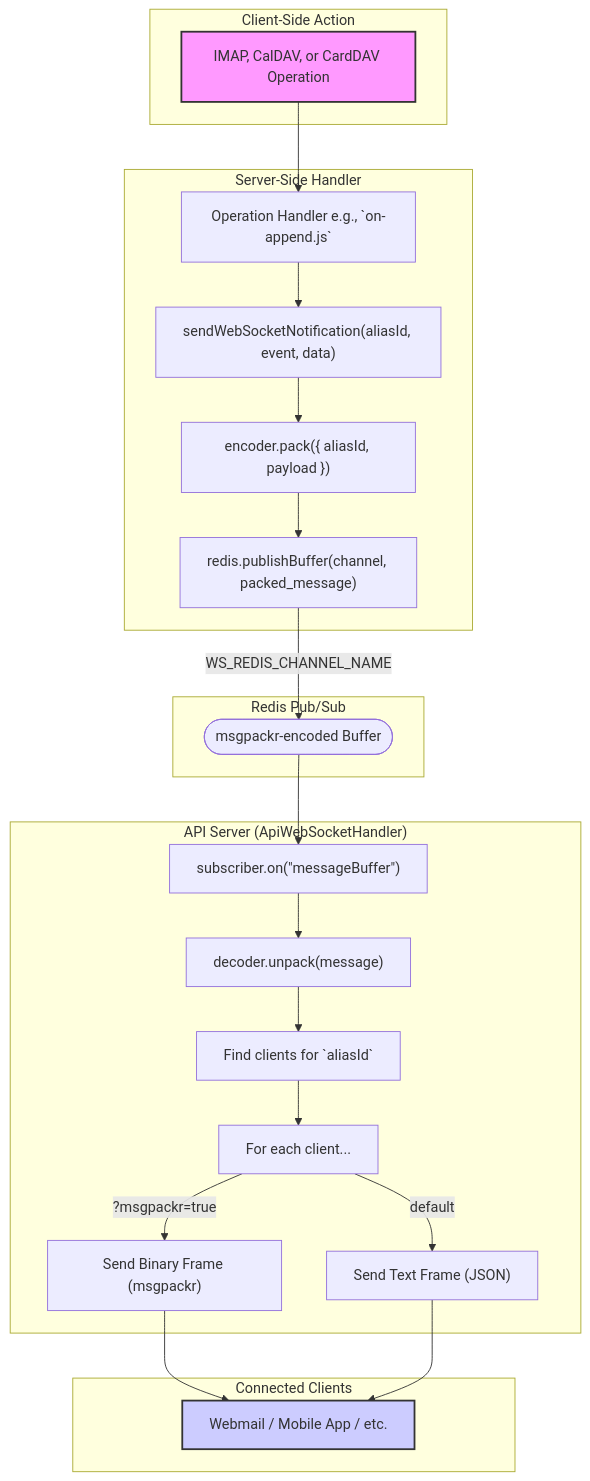
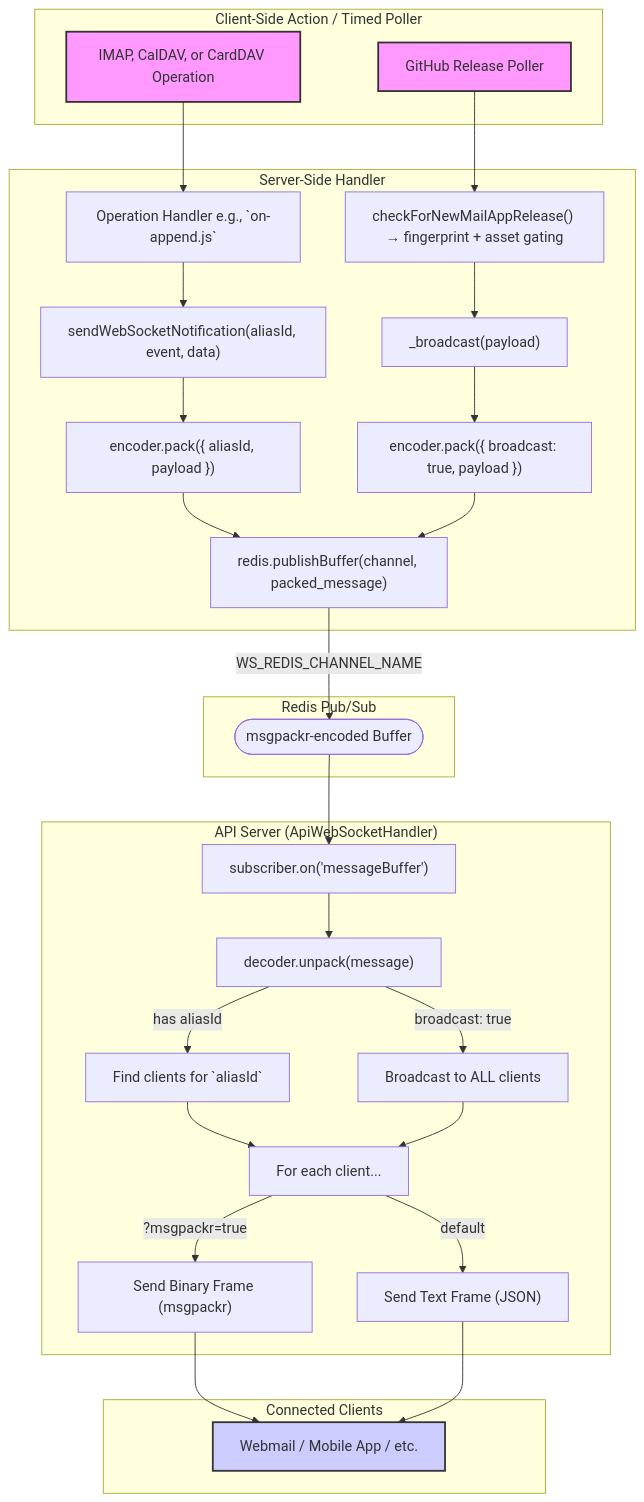
The diagram in WEBSOCKET_IMPLEMENTATION.md (forwardemail/forwardemail.net), drawn with Mermaid before and after one commit. The commit also changed other lines of this file and 6 other files, not shown here.

````diff
--- a/WEBSOCKET_IMPLEMENTATION.md
+++ b/WEBSOCKET_IMPLEMENTATION.md
@@ -25,34 +34,43 @@
 ```mermaid
 graph TD
-    subgraph "Client-Side Action"
+    subgraph "Client-Side Action / Timed Poller"
         A[IMAP, CalDAV, or CardDAV Operation]
+        P[GitHub Release Poller]
     end
 
     subgraph "Server-Side Handler"
         A --> B["Operation Handler e.g., `on-append.js`"];
         B --> C["sendWebSocketNotification(aliasId, event, data)"];
         C --> D["encoder.pack({ aliasId, payload })"];
         D --> E["redis.publishBuffer(channel, packed_message)"];
+
+        P --> Q["checkForNewMailAppRelease() → fingerprint + asset gating"];
+        Q --> R["_broadcast(payload)"];
+        R --> S["encoder.pack({ broadcast: true, payload })"];
+        S --> E;
     end
 
     subgraph "Redis Pub/Sub"
-        E -- "`WS_REDIS_CHANNEL_NAME`" --> F(["msgpackr-encoded Buffer"]);
+        E -- "`WS_REDIS_CHANNEL_NAME`" --> F([msgpackr-encoded Buffer]);
     end
 
     subgraph "API Server (ApiWebSocketHandler)"
-        F --> G["subscriber.on(&quot;messageBuffer&quot;)"];
+        F --> G["subscriber.on('messageBuffer')"];
         G --> H["decoder.unpack(message)"];
-        H --> I["Find clients for `aliasId`"];
-        I --> J["For each client..."];
+        H -- "broadcast: true" --> I_ALL["Broadcast to ALL clients"];
+        H -- "has aliasId" --> I_ALIAS["Find clients for `aliasId`"];
+        I_ALIAS --> J["For each client..."];
+        I_ALL --> J;
         J -- "`?msgpackr=true`" --> K["Send Binary Frame (msgpackr)"];
         J -- "default" --> L["Send Text Frame (JSON)"];
     end
 
     subgraph "Connected Clients"
         K --> M["Webmail / Mobile App / etc."];
         L --> M;
     end
 
     style A fill:#f9f,stroke:#333,stroke-width:2px
+    style P fill:#f9f,stroke:#333,stroke-width:2px
     style M fill:#ccf,stroke:#333,stroke-width:2px
 ```
````
